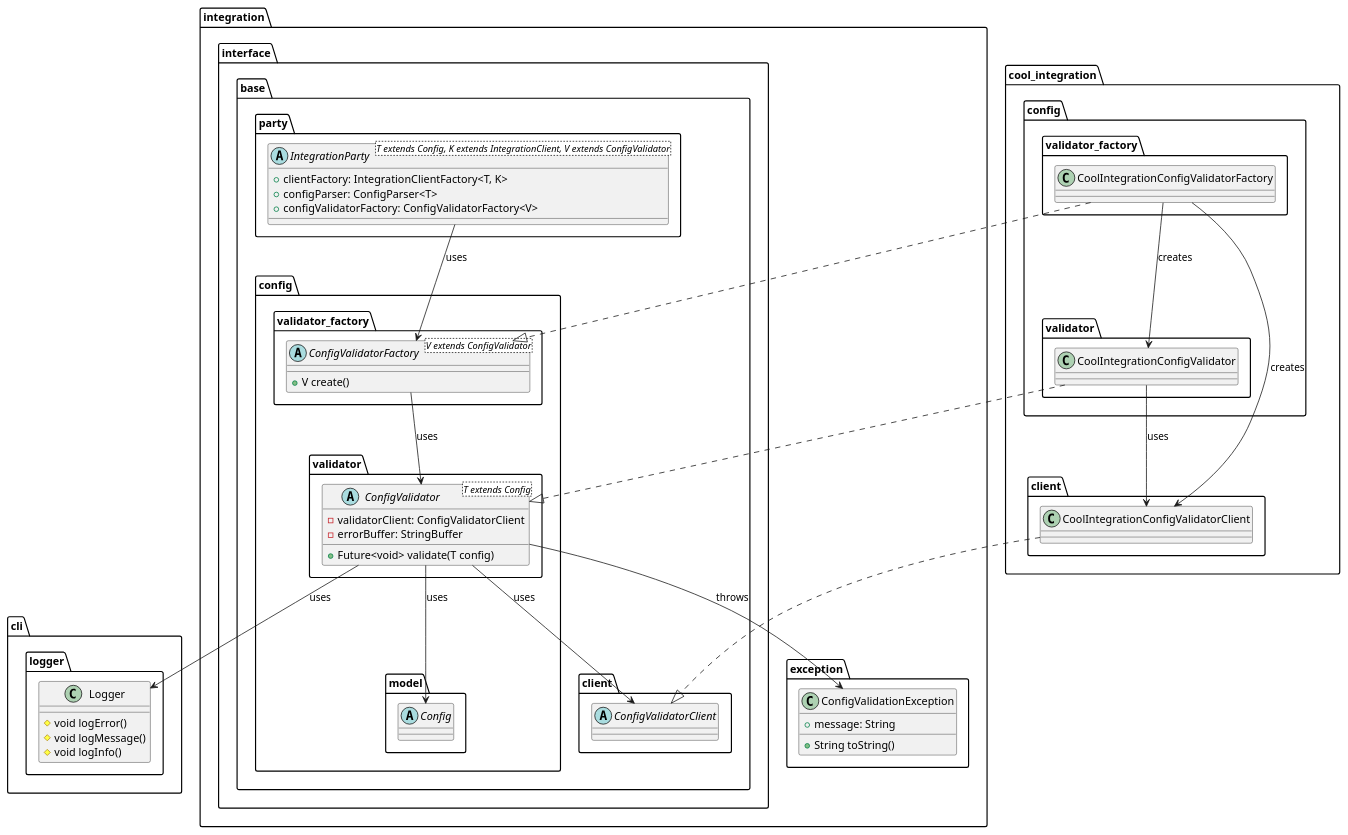
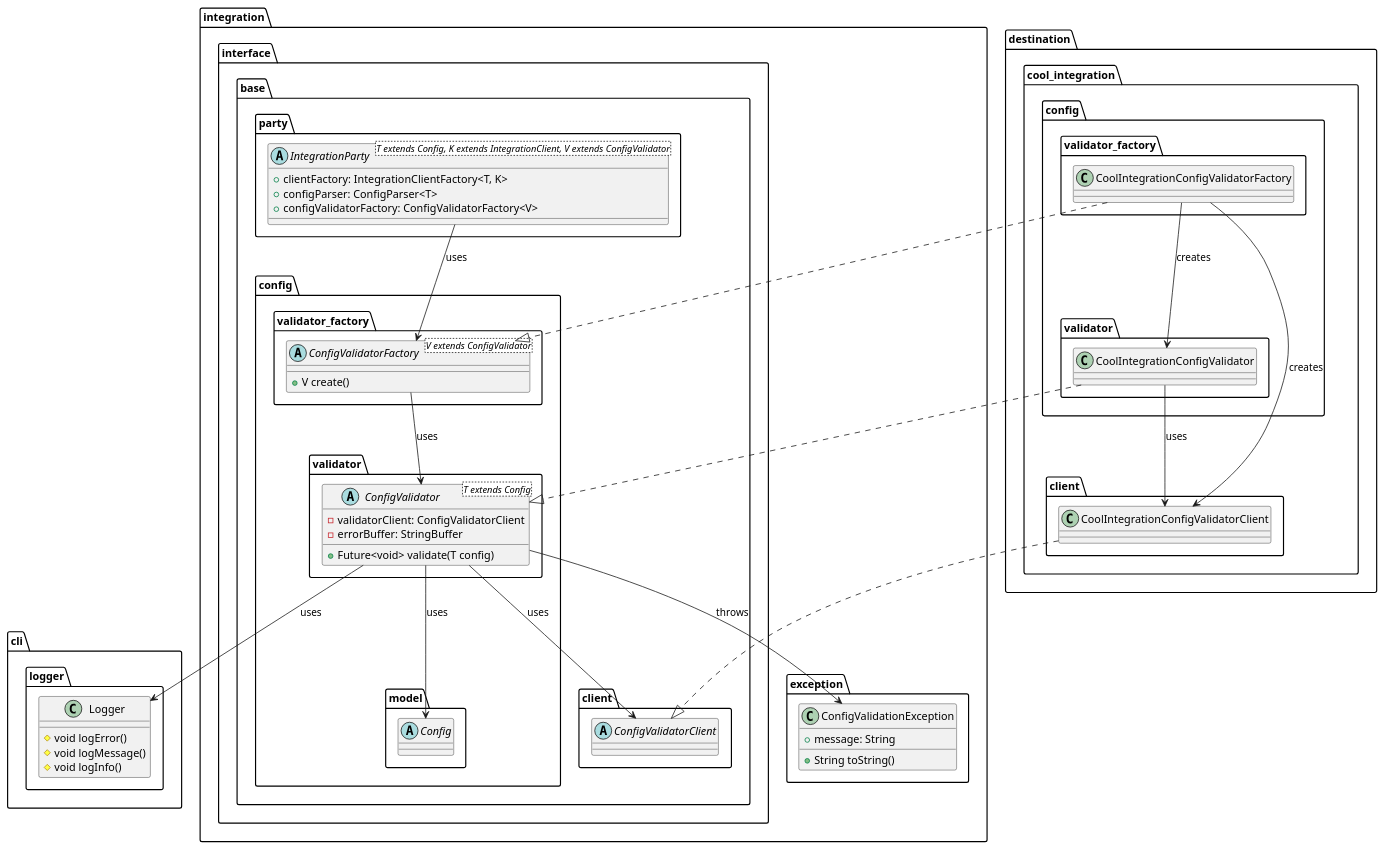
The diagram in metrics/ci_integrations/docs/diagrams/ci_integrations_config_validator_class_diagram.puml (Flank/flank-dashboard), drawn with PlantUML before and after one commit. The commit also changed 2 other files, not shown here.

Commit message:
Improve diagram. Minor fixes

```diff
--- a/metrics/ci_integrations/docs/diagrams/ci_integrations_config_validator_class_diagram.puml
+++ b/metrics/ci_integrations/docs/diagrams/ci_integrations_config_validator_class_diagram.puml
@@ -1,87 +1,87 @@
 @startuml ci_integrations_config_validator_class_diagram
 
     package integration {
         package interface.base {
             package party {
                 abstract class IntegrationParty<T extends Config, K extends IntegrationClient, V extends ConfigValidator> {
                     + clientFactory: IntegrationClientFactory<T, K>
                     + configParser: ConfigParser<T>
                     + configValidatorFactory: ConfigValidatorFactory<V>
                 }
             }
 
             package client {
                 abstract class ConfigValidatorClient {}
             }
 
             package config {
                 package model {
                     abstract class Config {}
                 }
 
                 package validator {
                     abstract class ConfigValidator<T extends Config> {
                         - validatorClient: ConfigValidatorClient
                         - errorBuffer: StringBuffer
                         + Future<void> validate(T config)
                     }
                 }
 
                 package validator_factory {
                     abstract class ConfigValidatorFactory<V extends ConfigValidator> {
                         + V create()
                     }
                 }
             }
         }
 
         package exception {
             class ConfigValidationException {
                 + message: String
                 + String toString()
             }
         }
 
     }
 
-    package cool_integration {
+    package destination.cool_integration {
         package config as cool_integration_config {
             package validator as cool_integration_validator {
                 class CoolIntegrationConfigValidator {}
             }
 
             package validator_factory as cool_integration_validator_validator_factory {
                 class CoolIntegrationConfigValidatorFactory {}
             }
         }
 
         package client as cool_integration_client {
             class CoolIntegrationConfigValidatorClient {}
         }
     }
 
     package cli.logger {
         class Logger {
             # void logError()
             # void logMessage()
             # void logInfo()
         }
     }
 
     IntegrationParty --> ConfigValidatorFactory : uses
 
     ConfigValidatorFactory --> ConfigValidator : uses
 
     ConfigValidator --> ConfigValidatorClient : uses
     ConfigValidator --> ConfigValidationException : throws
     ConfigValidator --> Logger : uses
     ConfigValidator --> Config : uses
 
     CoolIntegrationConfigValidator ..|> ConfigValidator
     CoolIntegrationConfigValidator --> CoolIntegrationConfigValidatorClient : uses
     CoolIntegrationConfigValidatorFactory ..|> ConfigValidatorFactory
     CoolIntegrationConfigValidatorFactory --> CoolIntegrationConfigValidator : creates
     CoolIntegrationConfigValidatorFactory --> CoolIntegrationConfigValidatorClient : creates
     CoolIntegrationConfigValidatorClient ..|> ConfigValidatorClient
 
 @enduml
```
